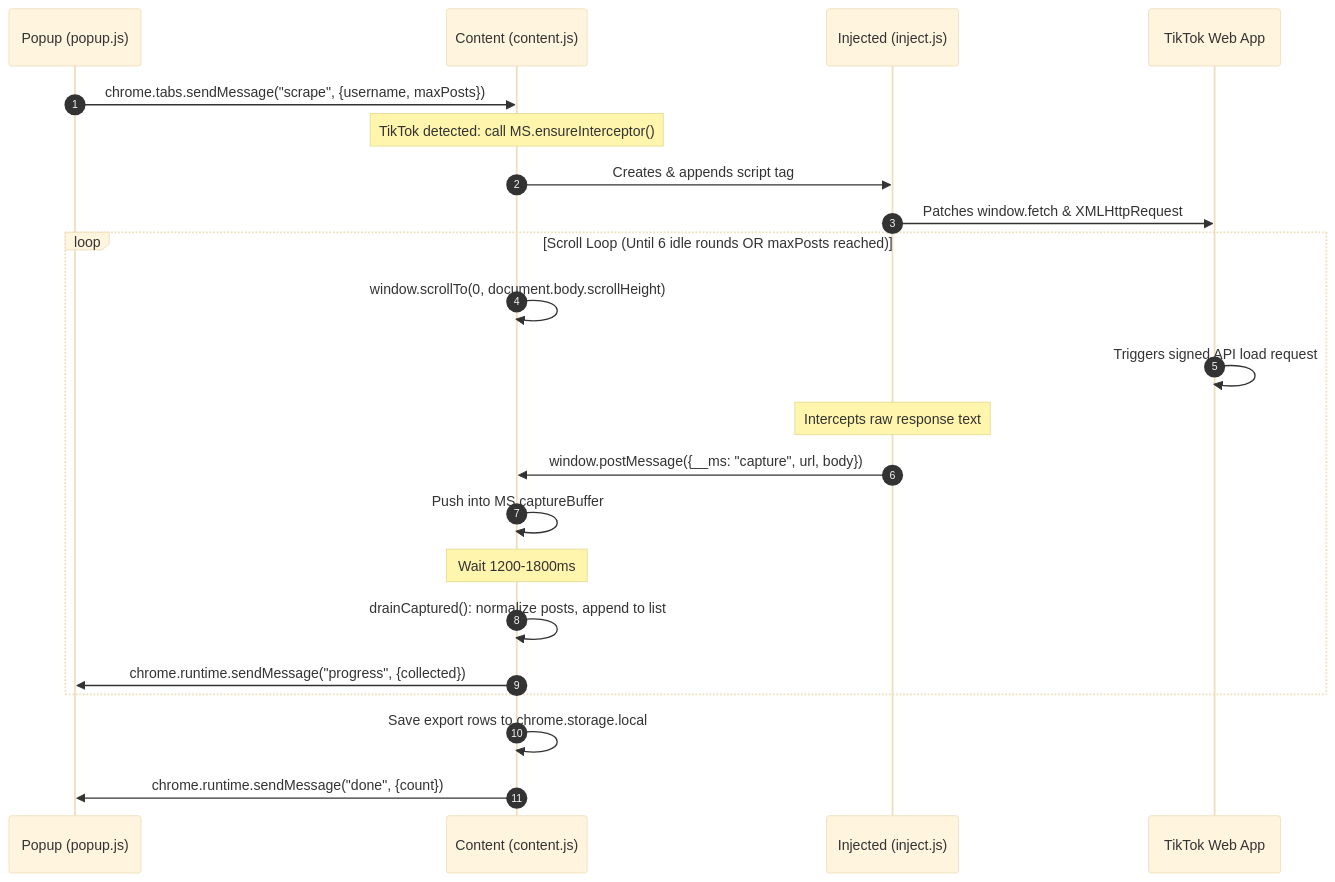
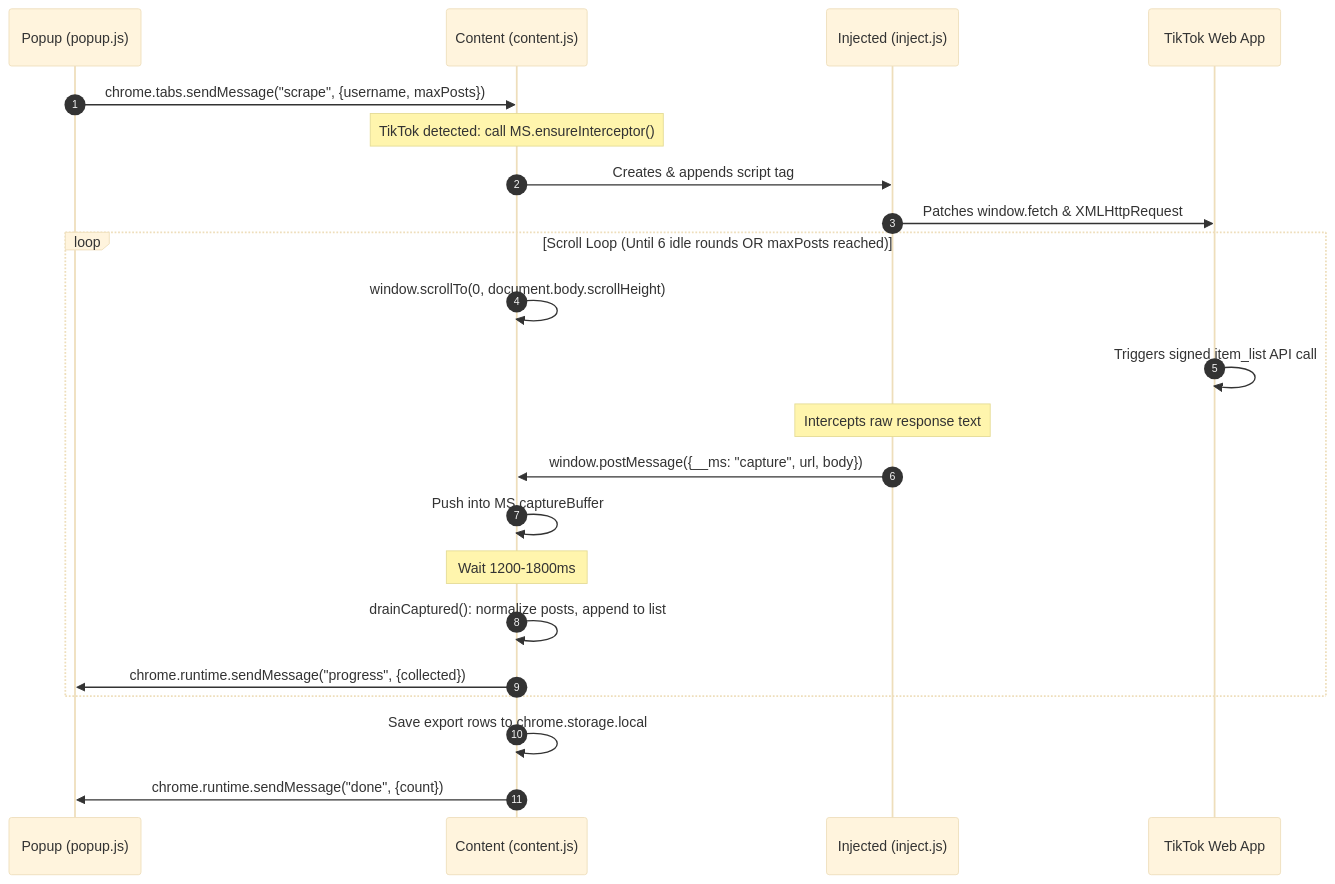
Before and after one commit to jim788e/Multiscraper: the third of 5 diagrams in docs/architecture.md, drawn with Mermaid (base theme). The commit also changed other lines of this file and 8 other files, not shown here.

````diff
--- a/docs/architecture.md
+++ b/docs/architecture.md
@@ -93,27 +97,27 @@
 ```mermaid
 sequenceDiagram
     autonumber
     participant P as Popup (popup.js)
     participant C as Content (content.js)
     participant I as Injected (inject.js)
     participant TT as TikTok Web App
 
     P->>C: chrome.tabs.sendMessage("scrape", {username, maxPosts})
     Note over C: TikTok detected: call MS.ensureInterceptor()
     C->>I: Creates & appends script tag
     I->>TT: Patches window.fetch & XMLHttpRequest
 
     loop Scroll Loop (Until 6 idle rounds OR maxPosts reached)
         C->>C: window.scrollTo(0, document.body.scrollHeight)
-        TT->>TT: Triggers signed API load request
+        TT->>TT: Triggers signed item_list API call
         Note over I: Intercepts raw response text
         I->>C: window.postMessage({__ms: "capture", url, body})
         C->>C: Push into MS.captureBuffer
         Note over C: Wait 1200-1800ms
         C->>C: drainCaptured(): normalize posts, append to list
         C->>P: chrome.runtime.sendMessage("progress", {collected})
     end
 
     C->>C: Save export rows to chrome.storage.local
     C->>P: chrome.runtime.sendMessage("done", {count})
 ```
````
